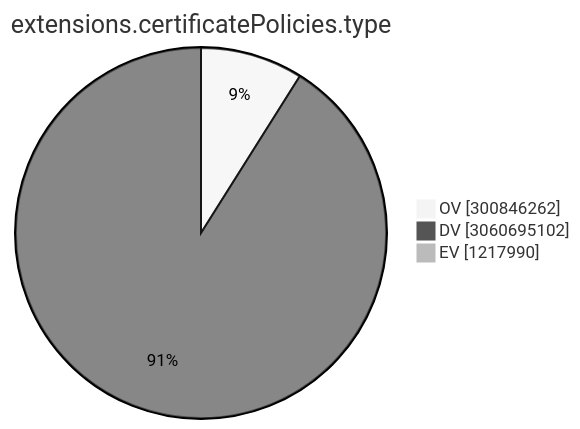
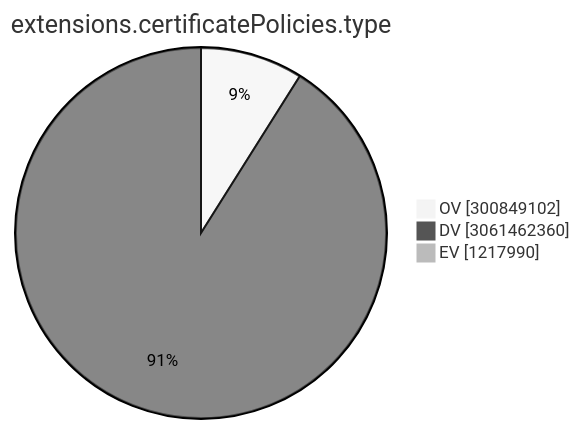
The ninth of 15 diagrams in TOTAL/README.md (christiankrug/ctmonitor_visualization), drawn with Mermaid (neutral theme) before and after one commit. The commit also changed other lines of this file, not shown here.

````diff
--- a/TOTAL/README.md
+++ b/TOTAL/README.md
@@ -3102,7 +3102,7 @@
 ```mermaid
 pie showData
 title extensions.certificatePolicies.type
-"OV" :300846262
-"DV" :3060695102
+"OV" :300849102
+"DV" :3061462360
 "EV" :1217990
 ```
````
